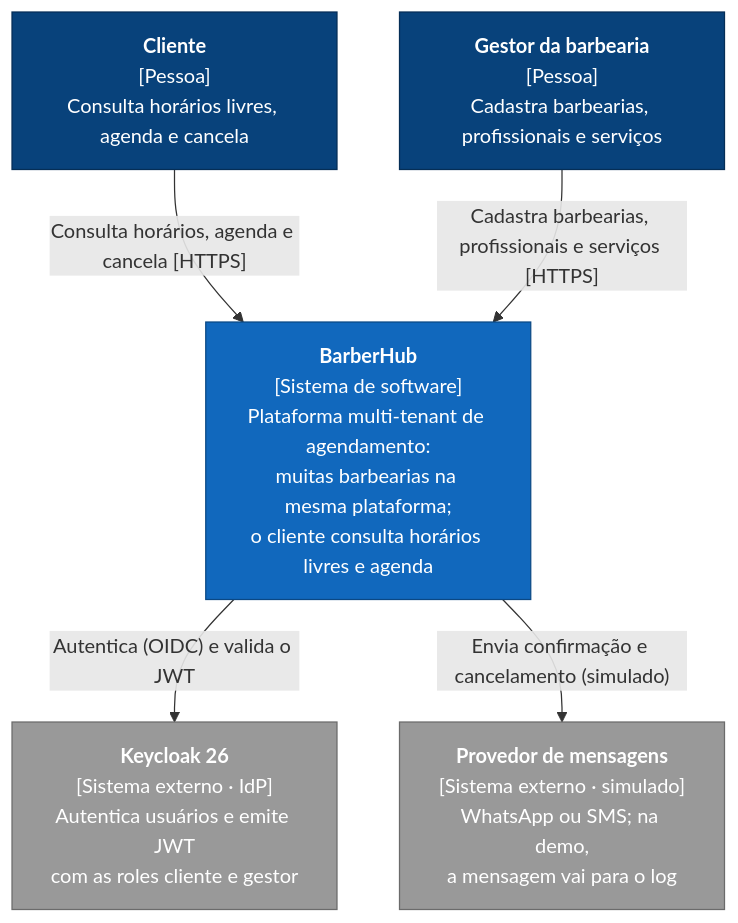
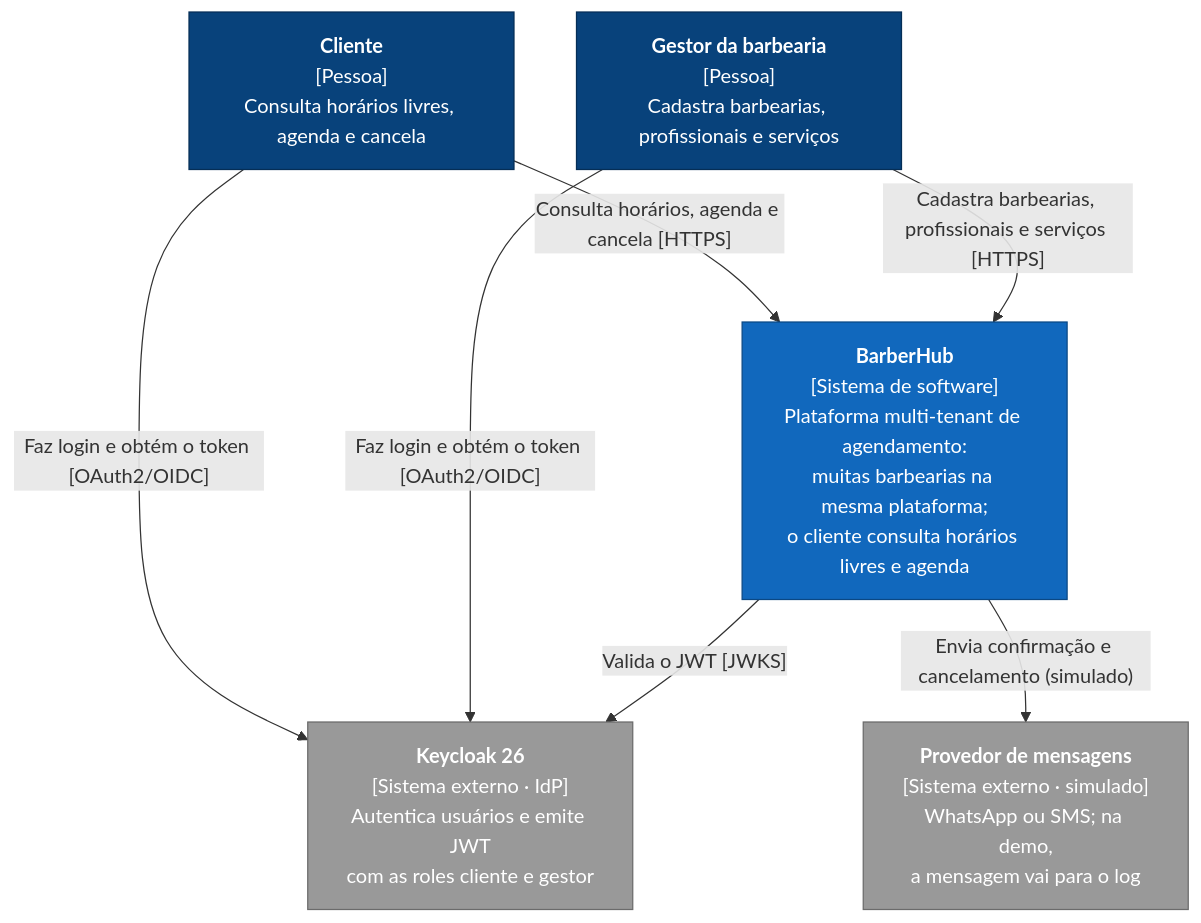
The first of 2 diagrams in docs/arquitetura/README.md (Allainn/barbearia-multiplataforma), drawn with Mermaid before and after one commit. The commit also changed other lines of this file and 3 other files, not shown here.

````diff
--- a/docs/arquitetura/README.md
+++ b/docs/arquitetura/README.md
@@ -12,22 +12,24 @@
 ```mermaid
 flowchart TB
     cliente["<b>Cliente</b><br/>[Pessoa]<br/>Consulta horários livres, agenda e cancela"]
     gestor["<b>Gestor da barbearia</b><br/>[Pessoa]<br/>Cadastra barbearias, profissionais e serviços"]
 
     sistema["<b>BarberHub</b><br/>[Sistema de software]<br/>Plataforma multi-tenant de agendamento:<br/>muitas barbearias na mesma plataforma;<br/>o cliente consulta horários livres e agenda"]
 
     keycloak["<b>Keycloak 26</b><br/>[Sistema externo · IdP]<br/>Autentica usuários e emite JWT<br/>com as roles cliente e gestor"]
     mensagens["<b>Provedor de mensagens</b><br/>[Sistema externo · simulado]<br/>WhatsApp ou SMS; na demo,<br/>a mensagem vai para o log"]
 
     cliente -->|"Consulta horários, agenda e cancela [HTTPS]"| sistema
     gestor -->|"Cadastra barbearias, profissionais e serviços [HTTPS]"| sistema
-    sistema -->|"Autentica (OIDC) e valida o JWT"| keycloak
+    cliente -->|"Faz login e obtém o token [OAuth2/OIDC]"| keycloak
+    gestor -->|"Faz login e obtém o token [OAuth2/OIDC]"| keycloak
+    sistema -->|"Valida o JWT [JWKS]"| keycloak
     sistema -->|"Envia confirmação e cancelamento (simulado)"| mensagens
 
     classDef pessoa fill:#08427b,stroke:#052e56,color:#ffffff
     classDef interno fill:#1168bd,stroke:#0b4884,color:#ffffff
     classDef externo fill:#999999,stroke:#6b6b6b,color:#ffffff
     class cliente,gestor pessoa
     class sistema interno
     class keycloak,mensagens externo
 ```
````
